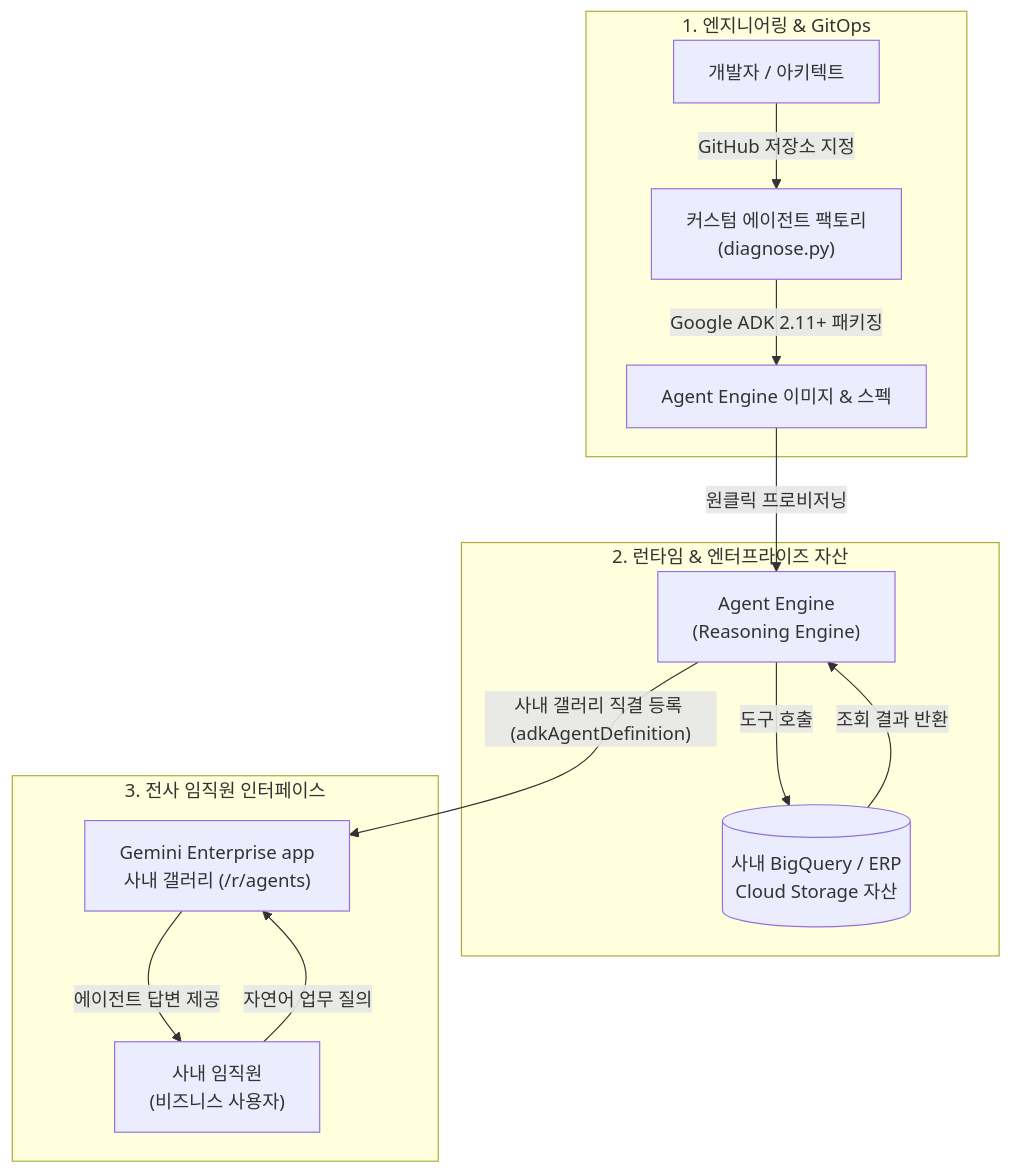
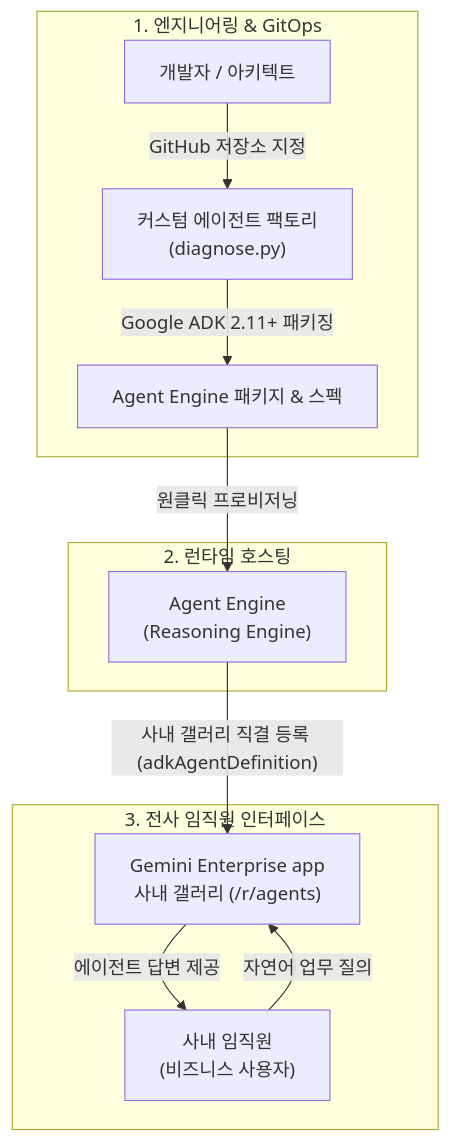
Before and after one commit to jiangjun-forge/google-cloud-0-to-1: the diagram in samples/gemini-enterprise-copilot-custom/README.md, drawn with Mermaid. The commit also changed other lines of this file and 4 other files, not shown here.

````diff
--- a/samples/gemini-enterprise-copilot-custom/README.md
+++ b/samples/gemini-enterprise-copilot-custom/README.md
@@ -98,19 +97,17 @@
 ```mermaid
 flowchart TB
     subgraph Dev["1. 엔지니어링 & GitOps"]
         A["개발자 / 아키텍트"] -->|"GitHub 저장소 지정"| B["커스텀 에이전트 팩토리<br/>(diagnose.py)"]
-        B -->|"Google ADK 2.11+ 패키징"| C["Agent Engine 이미지 & 스펙"]
+        B -->|"Google ADK 2.11+ 패키징"| C["Agent Engine 패키지 & 스펙"]
     end
 
-    subgraph Runtime["2. 런타임 & 엔터프라이즈 자산"]
+    subgraph Runtime["2. 런타임 호스팅"]
         C -->|"원클릭 프로비저닝"| D["Agent Engine<br/>(Reasoning Engine)"]
-        D -->|"도구 호출"| E[("사내 BigQuery / ERP<br/>Cloud Storage 자산")]
-        E -->|"조회 결과 반환"| D
     end
 
     subgraph Portal["3. 전사 임직원 인터페이스"]
         D -->|"사내 갤러리 직결 등록 (adkAgentDefinition)"| F["Gemini Enterprise app<br/>사내 갤러리 (/r/agents)"]
         G["사내 임직원<br/>(비즈니스 사용자)"] -->|"자연어 업무 질의"| F
         F -->|"에이전트 답변 제공"| G
     end
 ```
````
